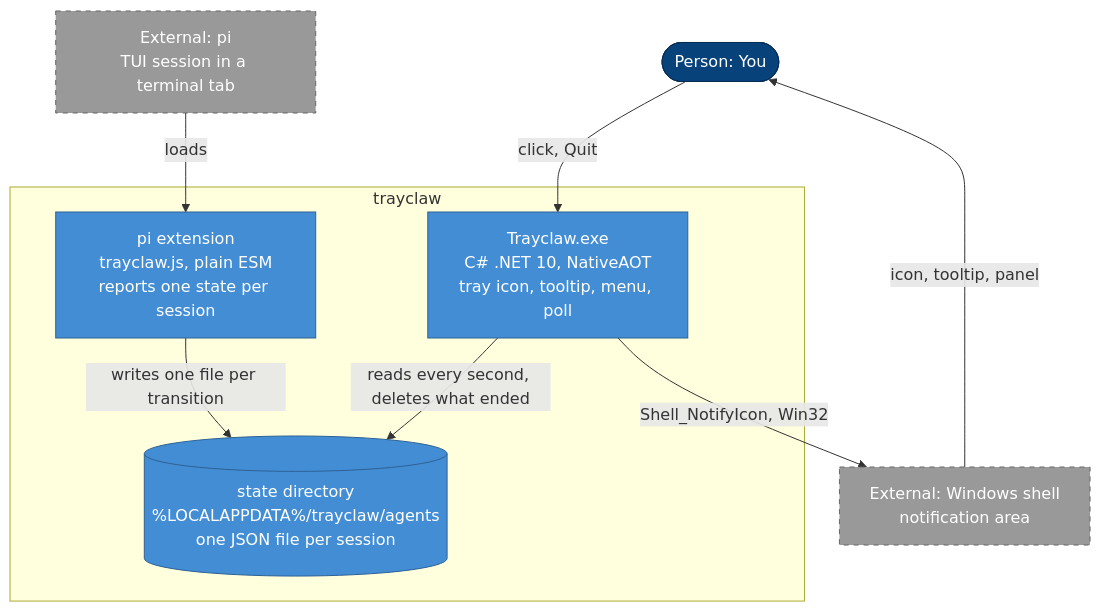
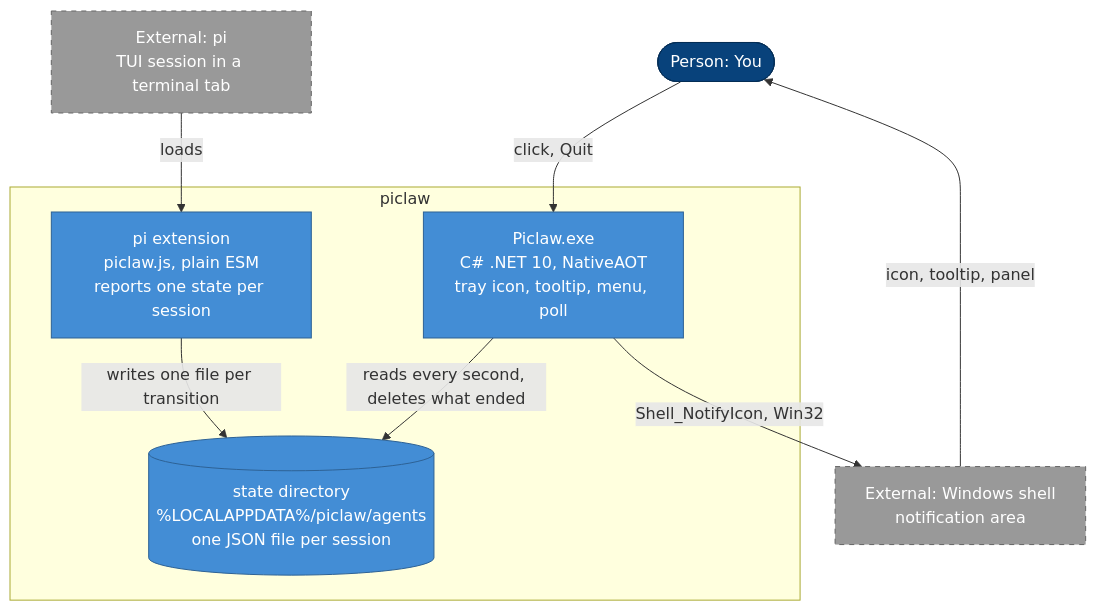
One commit to ypyl/picadence changed the second of 2 diagrams in ARCHITECTURE.md. Above: the diagram before and after it, drawn with Mermaid. The commit also changed other lines of this file and 34 other files, not shown here.

````diff
--- a/ARCHITECTURE.md
+++ b/ARCHITECTURE.md
@@ -32,32 +32,32 @@
 ```mermaid
 flowchart TB
   user(["Person: You"])
 
-  subgraph trayclaw["trayclaw"]
-    app["Trayclaw.exe<br/>C# .NET 10, NativeAOT<br/>tray icon, tooltip, menu, poll"]
-    ext["pi extension<br/>trayclaw.js, plain ESM<br/>reports one state per session"]
-    store[("state directory<br/>%LOCALAPPDATA%/trayclaw/agents<br/>one JSON file per session")]
+  subgraph piclaw["piclaw"]
+    app["Piclaw.exe<br/>C# .NET 10, NativeAOT<br/>tray icon, tooltip, menu, poll"]
+    ext["pi extension<br/>piclaw.js, plain ESM<br/>reports one state per session"]
+    store[("state directory<br/>%LOCALAPPDATA%/piclaw/agents<br/>one JSON file per session")]
   end
 
   pi["External: pi<br/>TUI session in a terminal tab"]
   os["External: Windows shell<br/>notification area"]
 
   user -->|"click, Quit"| app
   app -->|"Shell_NotifyIcon, Win32"| os
   os -->|"icon, tooltip, panel"| user
   pi -->|"loads"| ext
   ext -->|"writes one file per transition"| store
   app -->|"reads every second, deletes what ended"| store
 
   classDef person fill:#08427B,color:#fff,stroke:#052E56
   classDef container fill:#438DD5,color:#fff,stroke:#2E6295
   classDef store fill:#438DD5,color:#fff,stroke:#2E6295
   classDef external fill:#999999,color:#fff,stroke:#666666,stroke-dasharray:5 5
 
   class user person
   class app container
   class ext container
   class store store
   class pi external
   class os external
 ```
````
